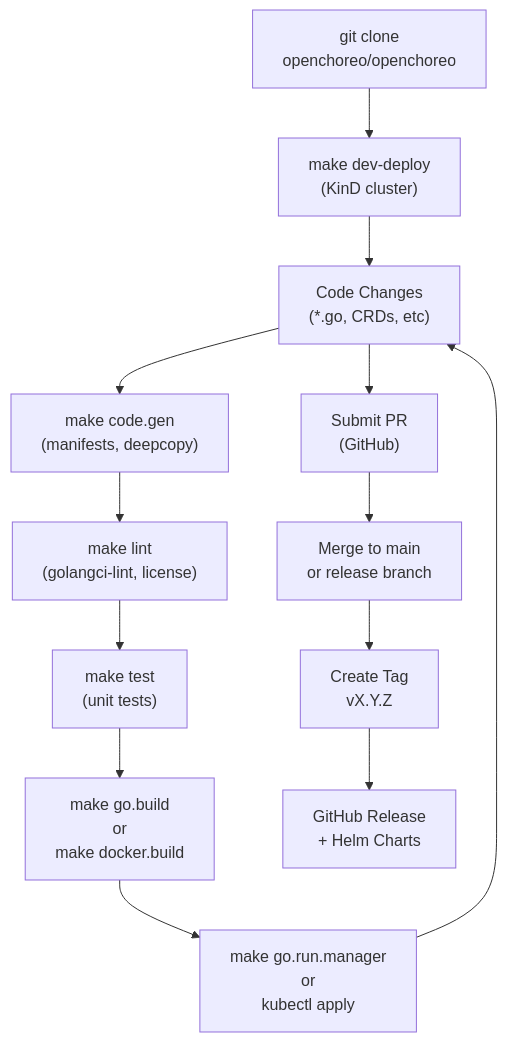
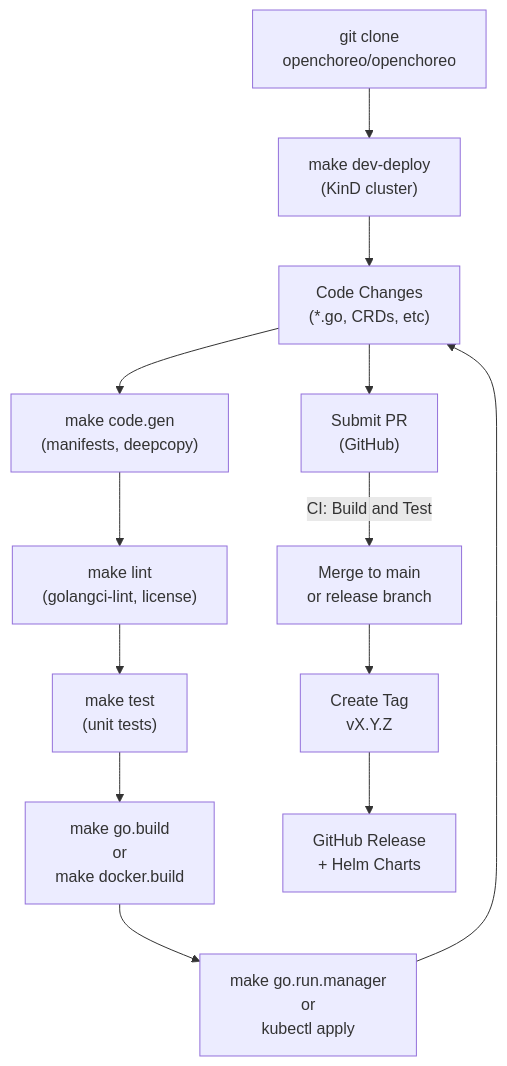
Before and after one commit to openchoreo/openchoreo: the first of 7 diagrams in docs/deepwiki/Development-and-Contribution.md, drawn with Mermaid. The commit also changed other lines of this file and 85 other files, not shown here.

Commit message:
feat: Add new workflow and specification templates, update Helm chart dependencies, and clarify documentation diagrams.

````diff
--- a/docs/deepwiki/Development-and-Contribution.md
+++ b/docs/deepwiki/Development-and-Contribution.md
@@ -35,29 +35,29 @@
 ```mermaid
 flowchart TD
 
 Clone["git clone<br>openchoreo/openchoreo"]
 Setup["make dev-deploy<br>(KinD cluster)"]
 Code["Code Changes<br>(*.go, CRDs, etc)"]
 Gen["make code.gen<br>(manifests, deepcopy)"]
 Lint["make lint<br>(golangci-lint, license)"]
 Test["make test<br>(unit tests)"]
 Build["make go.build<br>or<br>make docker.build"]
 Run["make go.run.manager<br>or<br>kubectl apply"]
 PR["Submit PR<br>(GitHub)"]
 Merge["Merge to main<br>or release branch"]
 Release["Create Tag<br>vX.Y.Z"]
 Publish["GitHub Release<br>+ Helm Charts"]
 
 Clone --> Setup
 Setup --> Code
 Code --> Gen
 Gen --> Lint
 Lint --> Test
 Test --> Build
 Build --> Run
 Run --> Code
 Code --> PR
-PR --> Merge
+PR -->|"CI: Build and Test"| Merge
 Merge --> Release
 Release --> Publish
 ```
````
